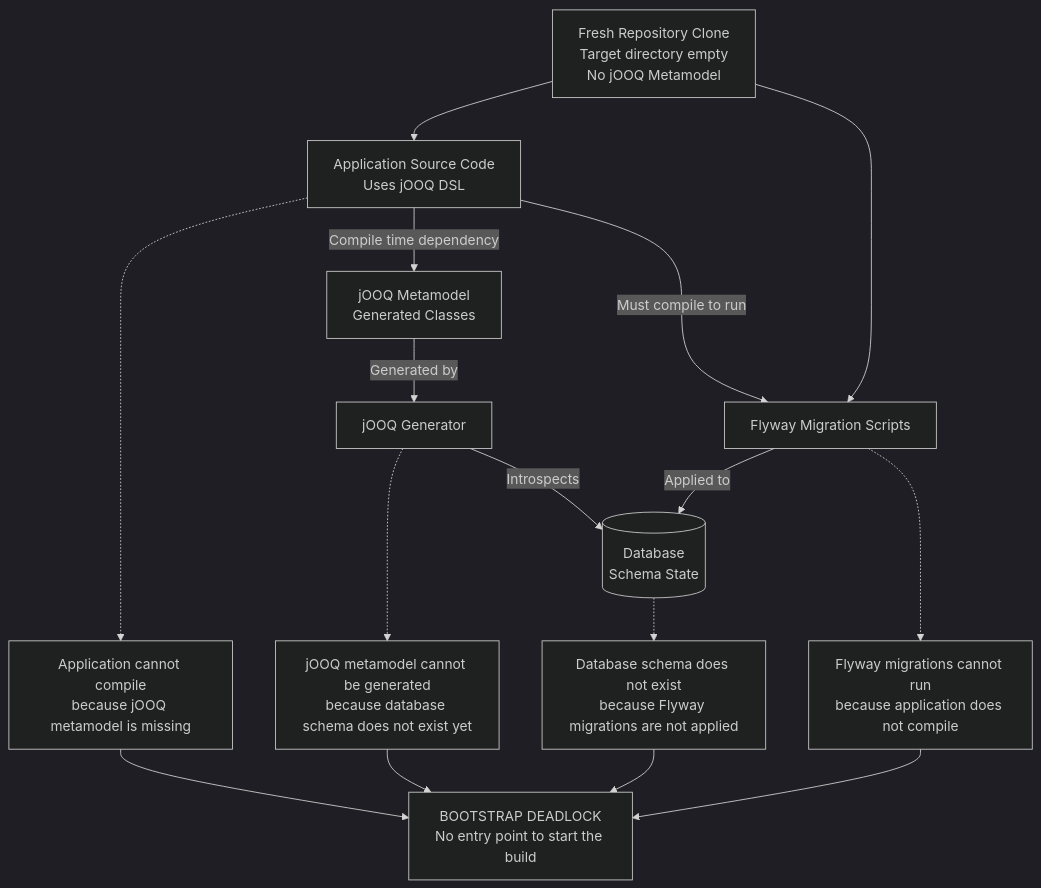
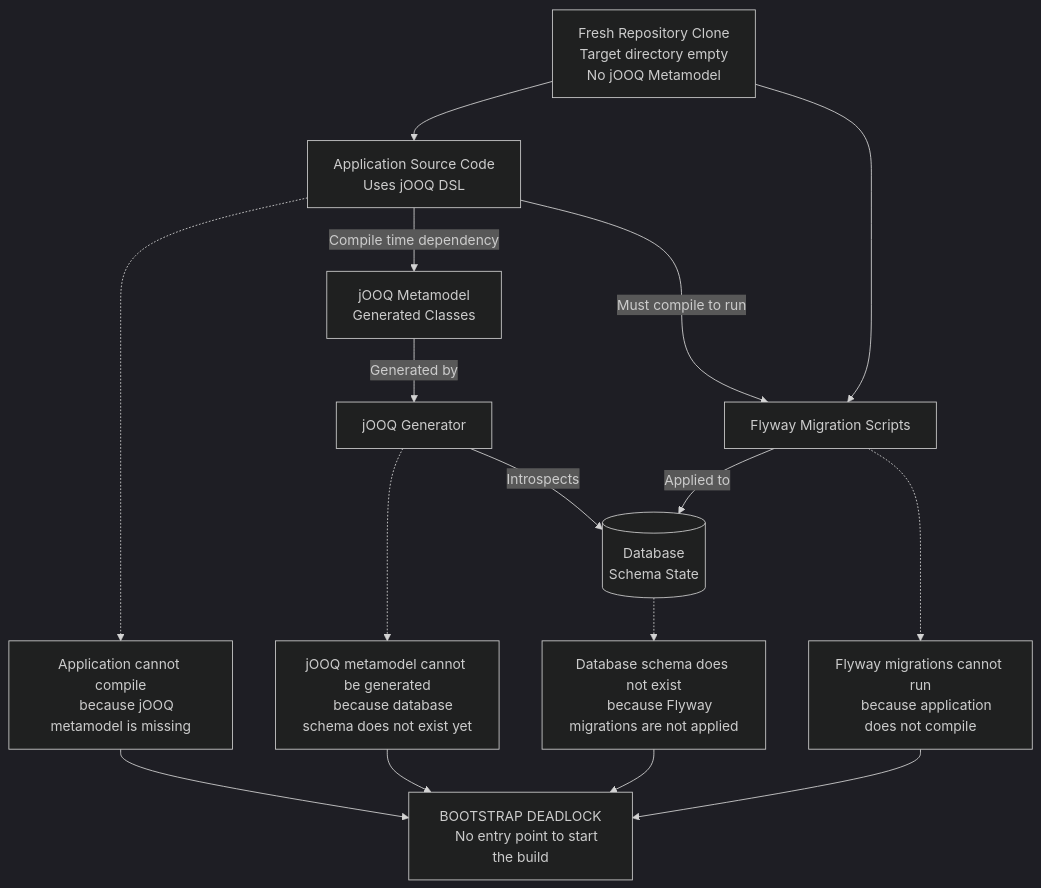
The third of 3 diagrams in README.md (JohannesRabauer/hibernate-vs-jooq), drawn with Mermaid (dark theme) before and after one commit.

````diff
--- a/README.md
+++ b/README.md
@@ -77,43 +77,53 @@
 ```mermaid
 flowchart TD
     %% Core artifacts
-    SRC[Application Source Code\nUses jOOQ DSL]
-    META[jOOQ Metamodel\nGenerated Classes]
+    SRC[Application Source Code
+    Uses jOOQ DSL]
+    META[jOOQ Metamodel
+    Generated Classes]
     GEN[jOOQ Generator]
-    DB[(Database\nSchema State)]
+    DB[(Database
+    Schema State)]
     FLY[Flyway Migration Scripts]
 
     %% Compile and generation dependencies
     SRC -->|Compile time dependency| META
     META -->|Generated by| GEN
     GEN -->|Introspects| DB
 
     %% Database lifecycle
     FLY -->|Applied to| DB
 
     %% Execution requirements
     SRC -->|Must compile to run| FLY
 
     %% Fresh clone situation
-    CLONE[Fresh Repository Clone\nTarget directory empty\nNo jOOQ Metamodel]
+    CLONE[Fresh Repository Clone
+    Target directory empty
+    No jOOQ Metamodel]
     CLONE --> SRC
     CLONE --> FLY
 
     %% Explanatory notes
-    N1["Application cannot compile\nbecause jOOQ metamodel is missing"]
-    N2["jOOQ metamodel cannot be generated\nbecause database schema does not exist yet"]
-    N3["Database schema does not exist\nbecause Flyway migrations are not applied"]
-    N4["Flyway migrations cannot run\nbecause application does not compile"]
+    N1["Application cannot compile
+    because jOOQ metamodel is missing"]
+    N2["jOOQ metamodel cannot be generated
+    because database schema does not exist yet"]
+    N3["Database schema does not exist
+    because Flyway migrations are not applied"]
+    N4["Flyway migrations cannot run
+    because application does not compile"]
 
     SRC -.-> N1
     GEN -.-> N2
     DB -.-> N3
     FLY -.-> N4
 
     %% Deadlock highlight
-    DEADLOCK["BOOTSTRAP DEADLOCK\nNo entry point to start the build"]
+    DEADLOCK["BOOTSTRAP DEADLOCK
+    No entry point to start the build"]
     N1 --> DEADLOCK
     N2 --> DEADLOCK
     N3 --> DEADLOCK
     N4 --> DEADLOCK
 ```
````
